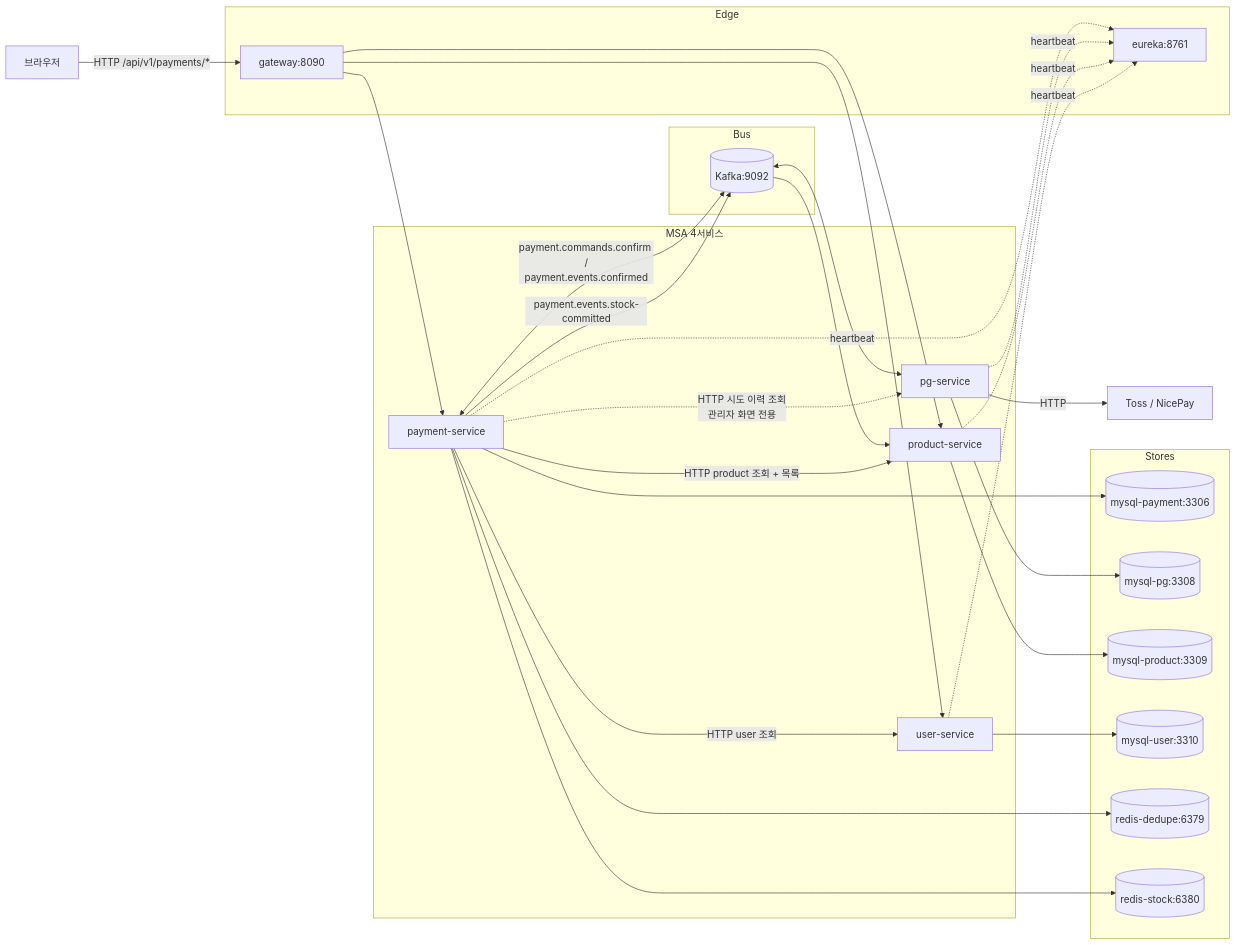
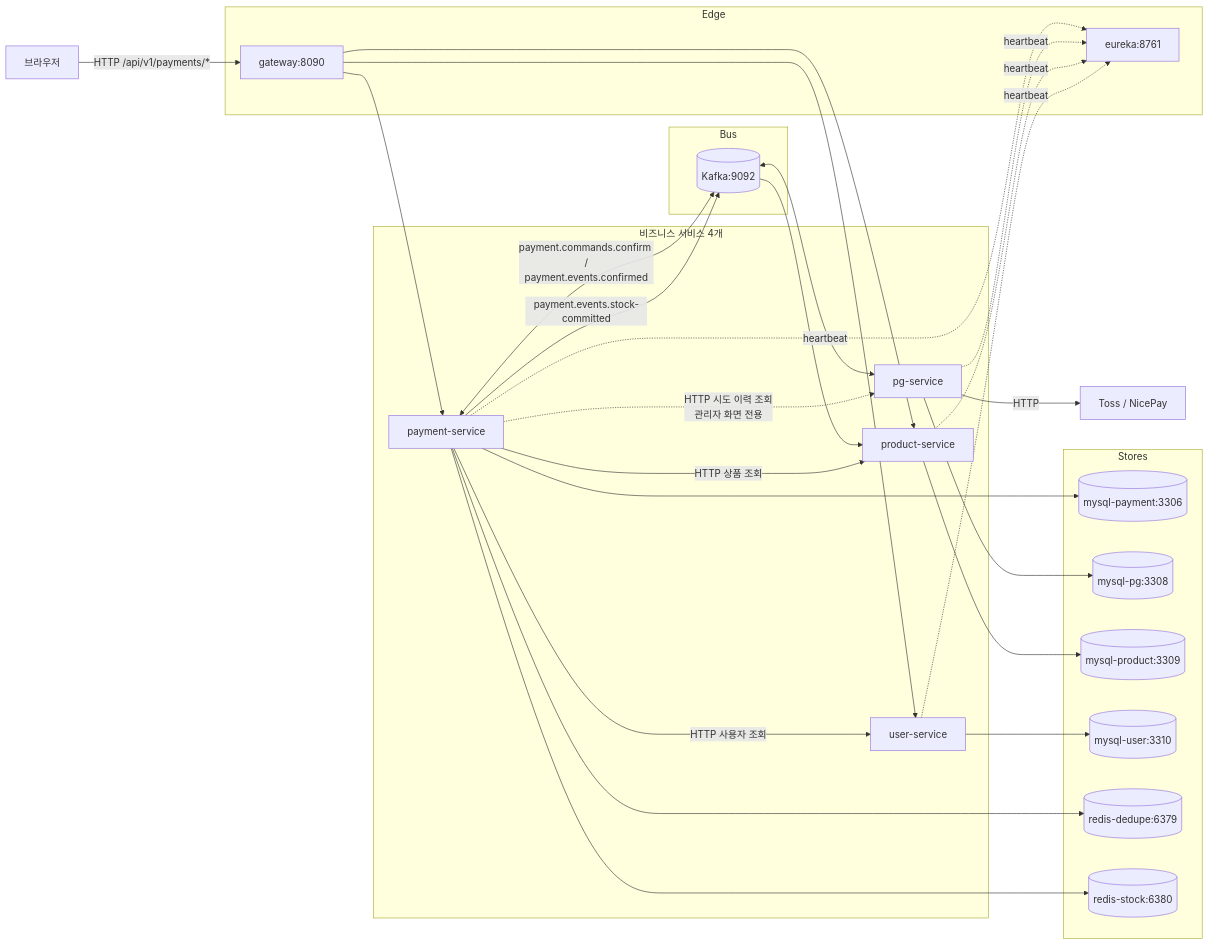
One commit to hyoguoo/payment-platform changed the diagram in docs/context/ARCHITECTURE.md. Above: the diagram before and after it, drawn with Mermaid. The commit also changed other lines of this file and 4 other files, not shown here.

````diff
--- a/docs/context/ARCHITECTURE.md
+++ b/docs/context/ARCHITECTURE.md
@@ -22,51 +26,51 @@
 ```mermaid
 flowchart LR
     Browser["브라우저"]
 
     subgraph Edge
         GW["gateway:8090"]
         E["eureka:8761"]
     end
 
-    subgraph Apps["MSA 4서비스"]
+    subgraph Apps["비즈니스 서비스 4개"]
         Pay["payment-service"]
         Pg["pg-service"]
         Prod["product-service"]
         Usr["user-service"]
     end
 
     subgraph Stores
         MyP[("mysql-payment:3306")]
         MyG[("mysql-pg:3308")]
         MyPr[("mysql-product:3309")]
         MyU[("mysql-user:3310")]
         RedD[("redis-dedupe:6379")]
         RedS[("redis-stock:6380")]
     end
 
     subgraph Bus
         K[("Kafka:9092")]
     end
 
     Browser -->|"HTTP /api/v1/payments/*"| GW
     GW --> Pay & Prod & Usr
     Pay & Pg & Prod & Usr -. heartbeat .-> E
 
     Pay --> MyP
     Pg  --> MyG
     Prod --> MyPr
     Usr --> MyU
 
     Pay --> RedD
     Pay --> RedS
 
     Pay <-->|"payment.commands.confirm /\npayment.events.confirmed"| K
     K <--> Pg
     Pay -->|"payment.events.stock-committed"| K
     K --> Prod
 
     Pg -->|HTTP| Vendor["Toss / NicePay"]
-    Pay -->|HTTP product 조회 + 목록| Prod
-    Pay -->|HTTP user 조회| Usr
+    Pay -->|HTTP 상품 조회| Prod
+    Pay -->|HTTP 사용자 조회| Usr
     Pay -.->|"HTTP 시도 이력 조회<br/>관리자 화면 전용"| Pg
 ```
````
